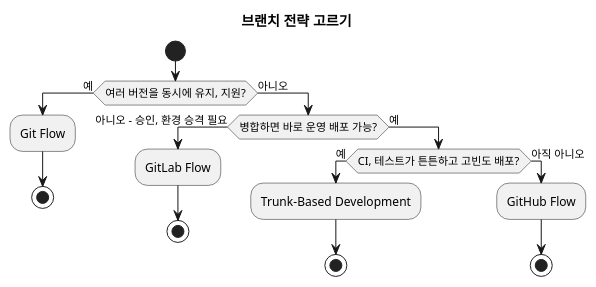
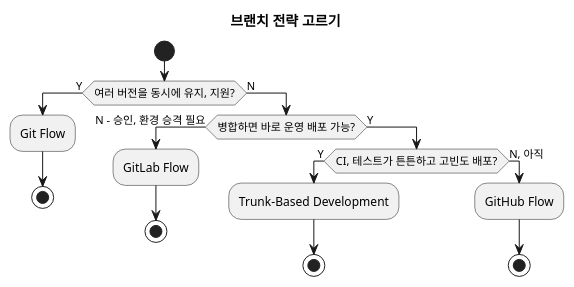
Before and after one commit to johnycho/johny-dev: the fifth of 5 diagrams in blog/2026-09-23-git-branch-strategies.mdx, drawn with PlantUML. The commit also changed 70 other files, not shown here.

````diff
--- a/blog/2026-09-23-git-branch-strategies.mdx
+++ b/blog/2026-09-23-git-branch-strategies.mdx
@@ -172,23 +172,23 @@
 ```plantuml
 @startuml
 title 브랜치 전략 고르기
 start
-if (여러 버전을 동시에 유지, 지원?) then (예)
+if (여러 버전을 동시에 유지, 지원?) then (Y)
   :Git Flow;
   stop
-else (아니오)
-  if (병합하면 바로 운영 배포 가능?) then (아니오 - 승인, 환경 승격 필요)
+else (N)
+  if (병합하면 바로 운영 배포 가능?) then (N - 승인, 환경 승격 필요)
     :GitLab Flow;
     stop
-  else (예)
-    if (CI, 테스트가 튼튼하고 고빈도 배포?) then (예)
+  else (Y)
+    if (CI, 테스트가 튼튼하고 고빈도 배포?) then (Y)
       :Trunk-Based Development;
       stop
-    else (아직 아니오)
+    else (N, 아직)
       :GitHub Flow;
       stop
     endif
   endif
 endif
 @enduml
 ```
````
